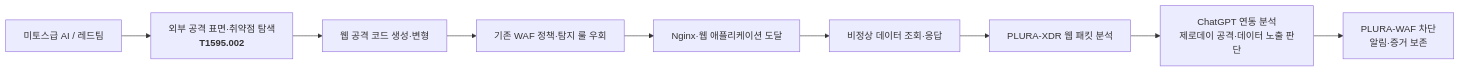
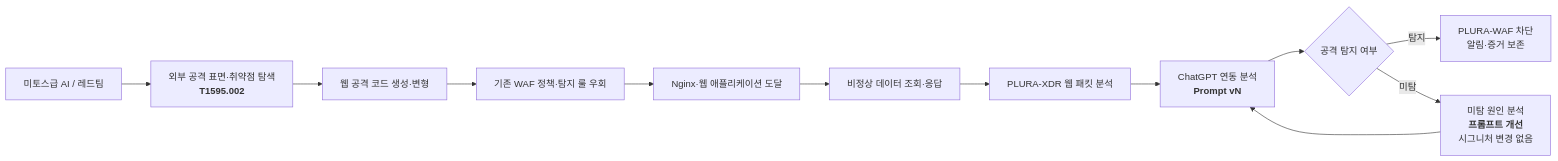
Before and after one commit to qubitsec/plura: the second of 5 diagrams in ko/proposal/lg/poc-full.md, drawn with Mermaid. The commit also changed other lines of this file, not shown here.

````diff
--- a/ko/proposal/lg/poc-full.md
+++ b/ko/proposal/lg/poc-full.md
@@ -202,15 +225,19 @@
 ```mermaid
 flowchart LR
     A["미토스급 AI / 레드팀"]
     B["외부 공격 표면·취약점 탐색<br/><b>T1595.002</b>"]
     C["웹 공격 코드 생성·변형"]
     D["기존 WAF 정책·탐지 룰 우회"]
     E["Nginx·웹 애플리케이션 도달"]
     F["비정상 데이터 조회·응답"]
     G["PLURA-XDR 웹 패킷 분석"]
-    H["ChatGPT 연동 분석<br/>제로데이 공격·데이터 노출 판단"]
+    H["ChatGPT 연동 분석<br/><b>Prompt vN</b>"]
+    J{"공격 탐지 여부"}
+    K["미탐 원인 분석<br/><b>프롬프트 개선</b><br/>시그니처 변경 없음"]
     I["PLURA-WAF 차단<br/>알림·증거 보존"]
 
     A --> B --> C --> D --> E
-    E --> F --> G --> H --> I
+    E --> F --> G --> H --> J
+    J -- "탐지" --> I
+    J -- "미탐" --> K --> H
 ```
````
